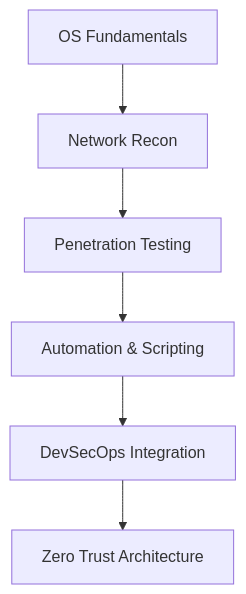
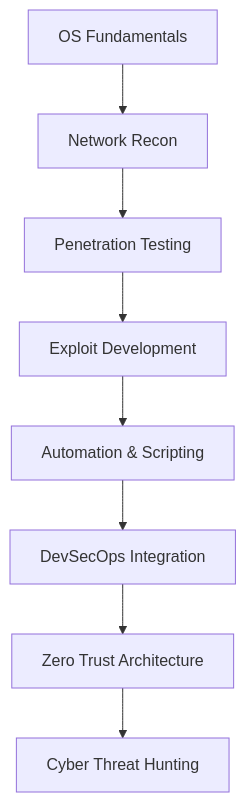
The diagram in README.md (CleversonHenriquefg/Henrique_Ferreira), drawn with Mermaid before and after one commit. The commit also changed other lines of this file, not shown here.

````diff
--- a/README.md
+++ b/README.md
@@ -75,8 +84,10 @@
 ```mermaid
 flowchart TB
   A[OS Fundamentals] --> B[Network Recon]
   B --> C[Penetration Testing]
-  C --> D[Automation & Scripting]
-  D --> E[DevSecOps Integration]
-  E --> F[Zero Trust Architecture]
+  C --> D[Exploit Development]
+  D --> E[Automation & Scripting]
+  E --> F[DevSecOps Integration]
+  F --> G[Zero Trust Architecture]
+  G --> H[Cyber Threat Hunting]
 ```
````
